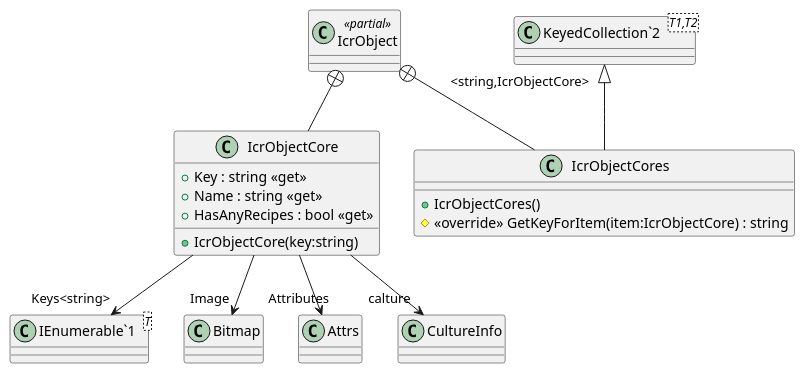
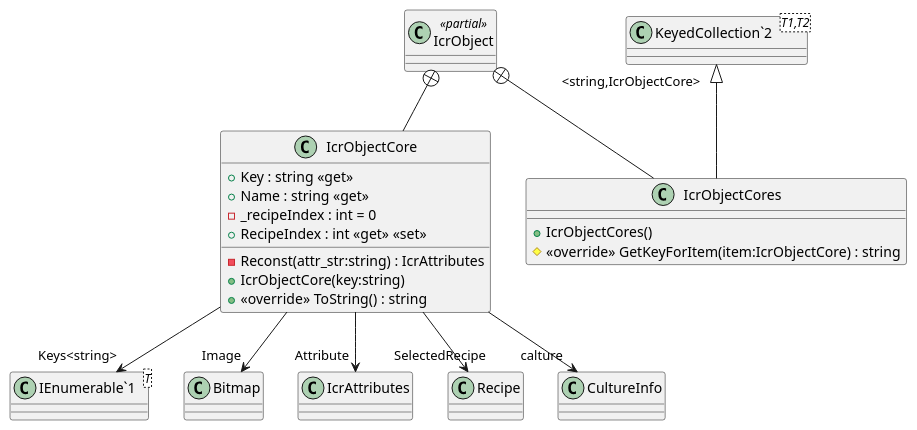
One commit to MasudaAkio/IcarusUtil changed the diagram in plantuml/IcrObjectCore.puml. Above: the diagram before and after it, drawn with PlantUML. The commit also changed 28 other files, not shown here.

```diff
--- a/plantuml/IcrObjectCore.puml
+++ b/plantuml/IcrObjectCore.puml
@@ -1,25 +1,29 @@
 @startuml
 class IcrObject <<partial>> {
 }
 class IcrObjectCore {
     + Key : string <<get>>
     + Name : string <<get>>
+    - Reconst(attr_str:string) : IcrAttributes
     + IcrObjectCore(key:string)
-    + HasAnyRecipes : bool <<get>>
+    - _recipeIndex : int = 0
+    + RecipeIndex : int <<get>> <<set>>
+    + <<override>> ToString() : string
 }
 class IcrObjectCores {
     + IcrObjectCores()
     # <<override>> GetKeyForItem(item:IcrObjectCore) : string
 }
 class "IEnumerable`1"<T> {
 }
 class "KeyedCollection`2"<T1,T2> {
 }
 IcrObject +-- IcrObjectCore
 IcrObjectCore --> "Image" Bitmap
-IcrObjectCore --> "Attributes" Attrs
+IcrObjectCore --> "Attribute" IcrAttributes
+IcrObjectCore --> "SelectedRecipe" Recipe
 IcrObjectCore --> "calture" CultureInfo
 IcrObjectCore --> "Keys<string>" "IEnumerable`1"
 IcrObject +-- IcrObjectCores
 "KeyedCollection`2" "<string,IcrObjectCore>" <|-- IcrObjectCores
 @enduml
```
